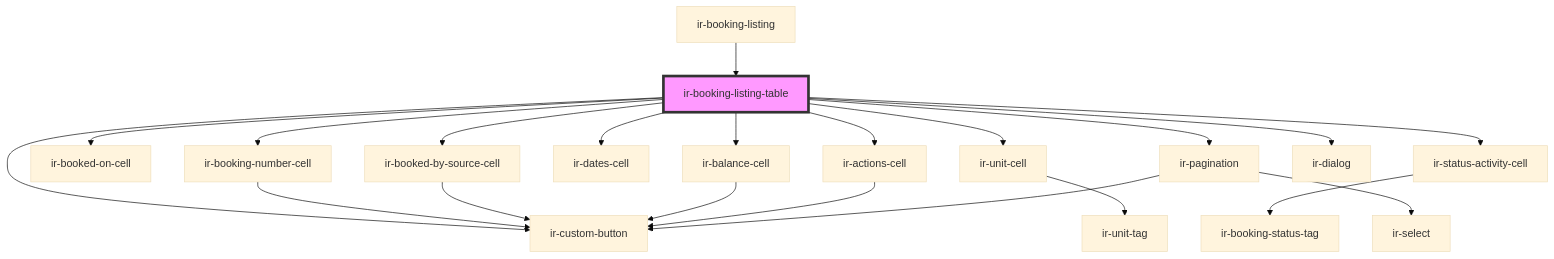
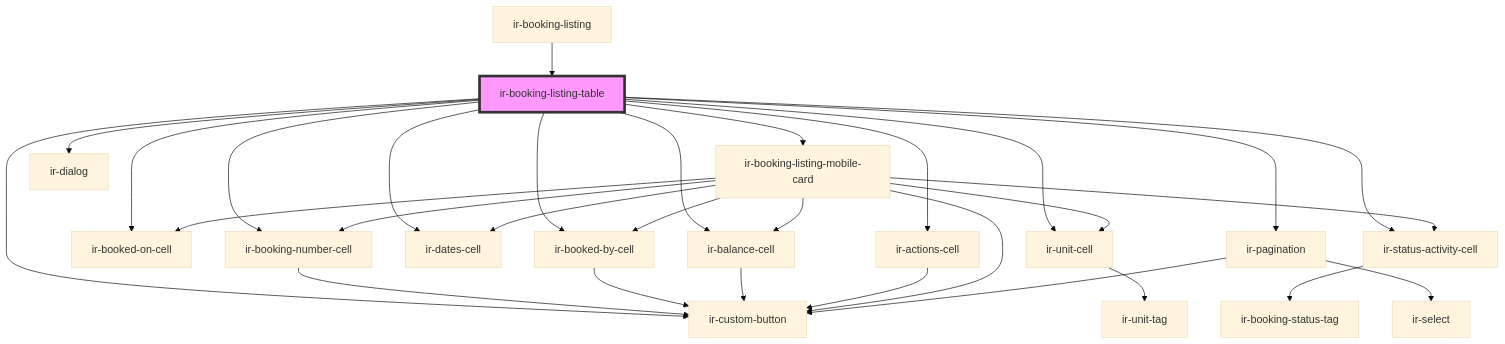
Before and after one commit to David1Chowaifaty/modified-ir-webcmp: the diagram in src/components/ir-booking-listing/ir-booking-listing-table/readme.md, drawn with Mermaid (base theme). The commit also changed other lines of this file and 69 other files, not shown here.

````diff
--- a/src/components/ir-booking-listing/ir-booking-listing-table/readme.md
+++ b/src/components/ir-booking-listing/ir-booking-listing-table/readme.md
@@ -38,24 +39,33 @@
 ```mermaid
 graph TD;
   ir-booking-listing-table --> ir-booking-number-cell
   ir-booking-listing-table --> ir-booked-on-cell
-  ir-booking-listing-table --> ir-booked-by-source-cell
+  ir-booking-listing-table --> ir-booked-by-cell
+  ir-booking-listing-table --> ir-dates-cell
   ir-booking-listing-table --> ir-unit-cell
-  ir-booking-listing-table --> ir-dates-cell
   ir-booking-listing-table --> ir-balance-cell
   ir-booking-listing-table --> ir-status-activity-cell
   ir-booking-listing-table --> ir-actions-cell
   ir-booking-listing-table --> ir-custom-button
+  ir-booking-listing-table --> ir-booking-listing-mobile-card
   ir-booking-listing-table --> ir-pagination
   ir-booking-listing-table --> ir-dialog
   ir-booking-number-cell --> ir-custom-button
-  ir-booked-by-source-cell --> ir-custom-button
+  ir-booked-by-cell --> ir-custom-button
   ir-unit-cell --> ir-unit-tag
   ir-balance-cell --> ir-custom-button
   ir-status-activity-cell --> ir-booking-status-tag
   ir-actions-cell --> ir-custom-button
+  ir-booking-listing-mobile-card --> ir-unit-cell
+  ir-booking-listing-mobile-card --> ir-booking-number-cell
+  ir-booking-listing-mobile-card --> ir-status-activity-cell
+  ir-booking-listing-mobile-card --> ir-booked-by-cell
+  ir-booking-listing-mobile-card --> ir-booked-on-cell
+  ir-booking-listing-mobile-card --> ir-dates-cell
+  ir-booking-listing-mobile-card --> ir-balance-cell
+  ir-booking-listing-mobile-card --> ir-custom-button
   ir-pagination --> ir-select
   ir-pagination --> ir-custom-button
   ir-booking-listing --> ir-booking-listing-table
   style ir-booking-listing-table fill:#f9f,stroke:#333,stroke-width:4px
 ```
````
